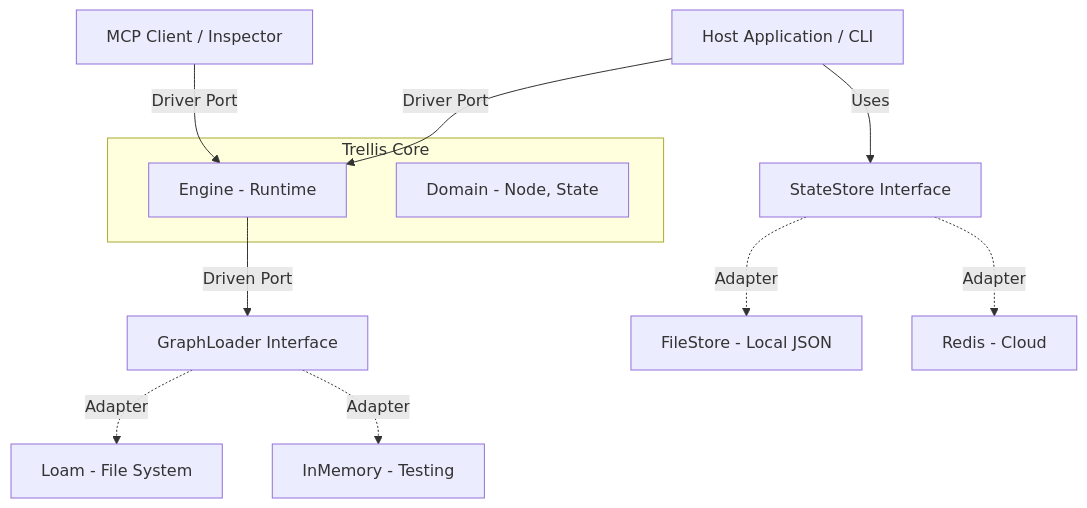
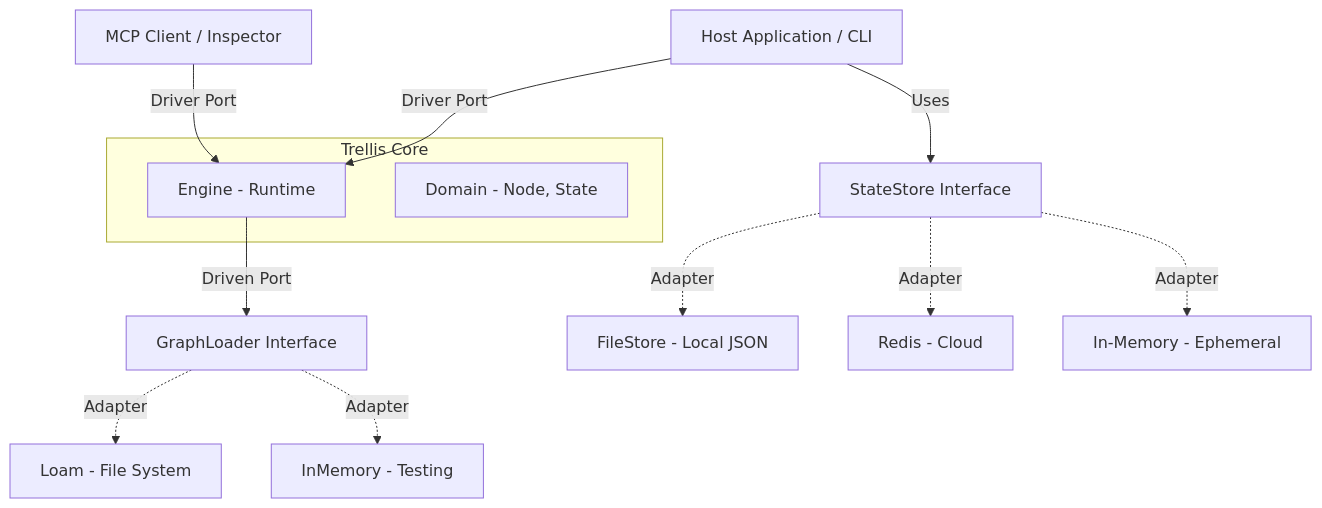
One commit to aretw0/trellis changed the second of 14 diagrams in docs/TECHNICAL.md. Above: the diagram before and after it, drawn with Mermaid. The commit also changed other lines of this file and 1 other file, not shown here.

Commit message:
docs: update technical reference and roadmap for v0.6

````diff
--- a/docs/TECHNICAL.md
+++ b/docs/TECHNICAL.md
@@ -44,16 +62,17 @@
 ```mermaid
 graph TD
     Host[Host Application / CLI] -->|Driver Port| Engine
     MCP[MCP Client / Inspector] -->|Driver Port| Engine
     subgraph "Trellis Core"
         Engine[Engine - Runtime]
         Domain[Domain - Node, State]
     end
     Engine -->|Driven Port| Loader[GraphLoader Interface]
     Loader -.->|Adapter| Loam[Loam - File System]
     Loader -.->|Adapter| Mem[InMemory - Testing]
     
     Host -->|Uses| Store[StateStore Interface]
     Store -.->|Adapter| FileStore[FileStore - Local JSON]
     Store -.->|Adapter| Redis[Redis - Cloud]
+    Store -.->|Adapter| Memory[In-Memory - Ephemeral]
 ```
````
